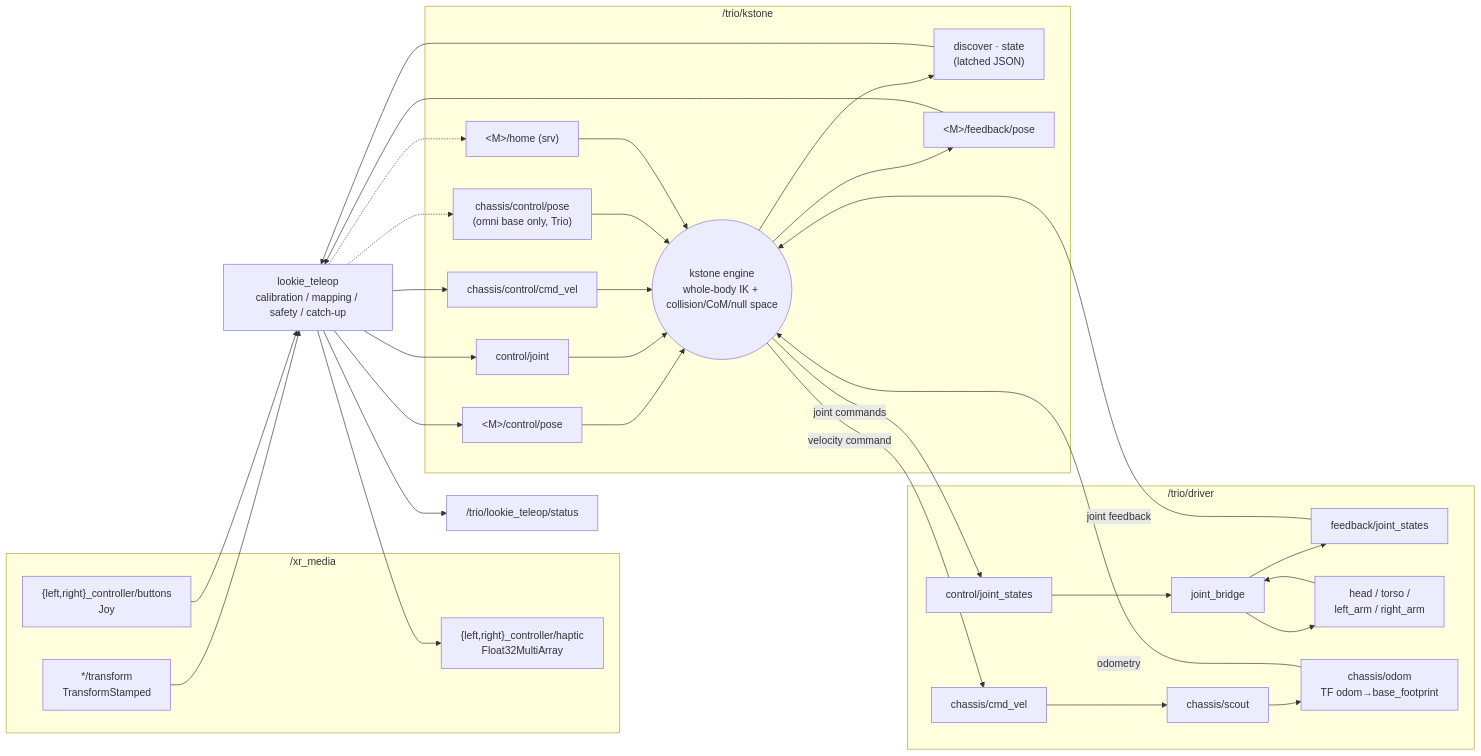
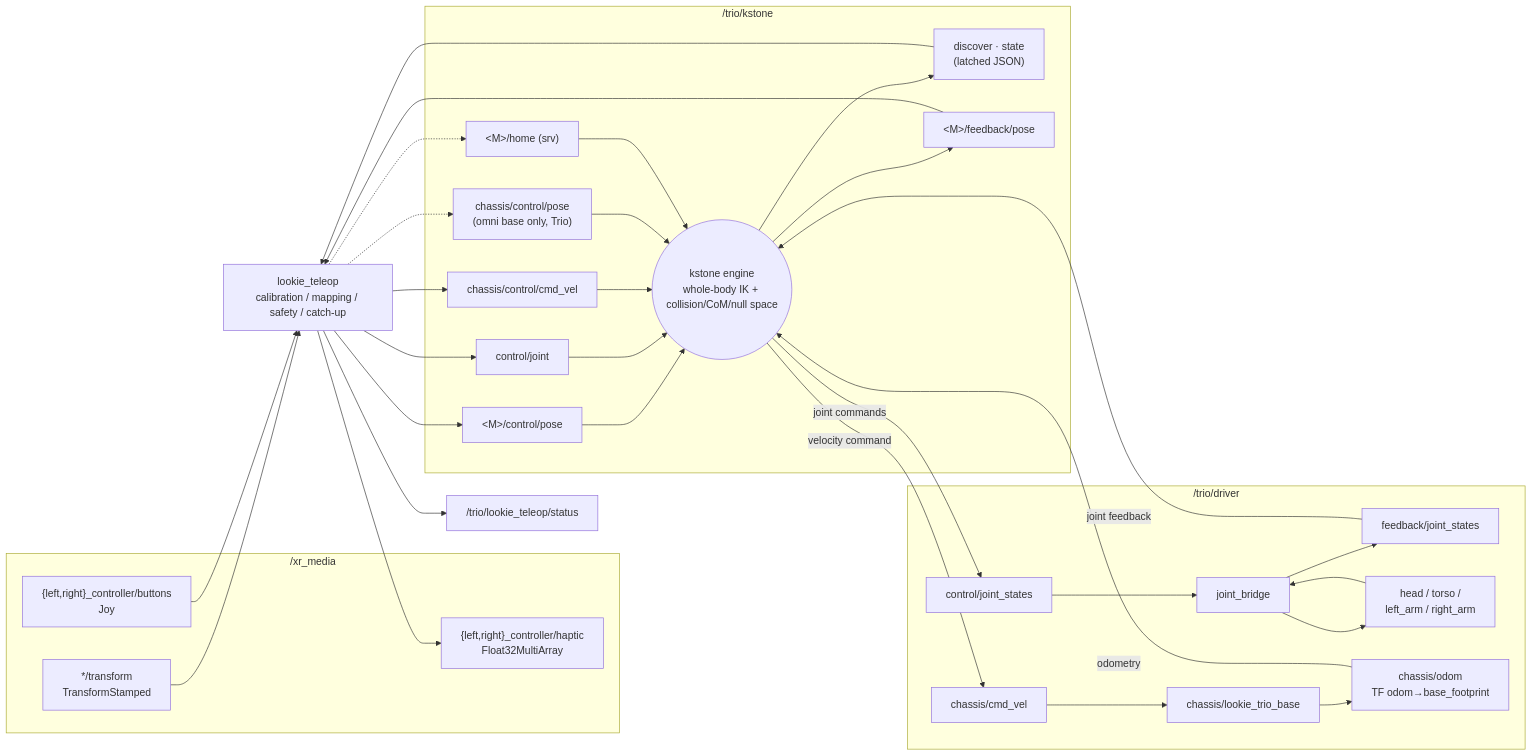
Before and after one commit to AgilexOpensource/lookie_ros: the fourth of 7 diagrams in docs/architecture.md, drawn with Mermaid. The commit also changed other lines of this file and 20 other files, not shown here.

First line of the commit message:
Drive the chassis with one package per model instead of scout_ros2

````diff
--- a/docs/architecture.md
+++ b/docs/architecture.md
@@ -105,49 +105,49 @@
 ```mermaid
 flowchart LR
     subgraph XRN["/xr_media"]
         XT["*/transform<br/>TransformStamped"]
         XB["{left,right}_controller/buttons<br/>Joy"]
         XH["{left,right}_controller/haptic<br/>Float32MultiArray"]
     end
 
     TEL["lookie_teleop<br/>calibration / mapping / safety / catch-up"]
 
     subgraph KS["/trio/kstone"]
         KD["discover · state<br/>(latched JSON)"]
         KP["&lt;M&gt;/control/pose"]
         KJ["control/joint"]
         KV["chassis/control/cmd_vel"]
         KC["chassis/control/pose<br/>(omni base only, Trio)"]
         KH["&lt;M&gt;/home (srv)"]
         KF["&lt;M&gt;/feedback/pose"]
         ENG(("kstone engine<br/>whole-body IK + collision/CoM/null space"))
     end
 
     subgraph DV["/trio/driver"]
         FB["feedback/joint_states"]
         CT["control/joint_states"]
         JB["joint_bridge"]
         MODS["head / torso /<br/>left_arm / right_arm"]
         CV["chassis/cmd_vel"]
         OD["chassis/odom<br/>TF odom→base_footprint"]
-        SC["chassis/scout"]
+        SC["chassis/lookie_trio_base"]
     end
 
     XT & XB --> TEL
     TEL --> XH
     KD --> TEL
     KF --> TEL
     TEL --> KP & KJ & KV
     TEL -.-> KC
     TEL --> ST["/trio/lookie_teleop/status"]
     TEL -.-> KH
     KP & KJ & KV & KC & KH --> ENG
     ENG --> KD & KF
     FB -->|joint feedback| ENG
     OD -->|odometry| ENG
     ENG -->|joint commands| CT
     ENG -->|velocity command| CV
     CT --> JB --> MODS
     MODS --> JB --> FB
     CV --> SC --> OD
 ```
````
